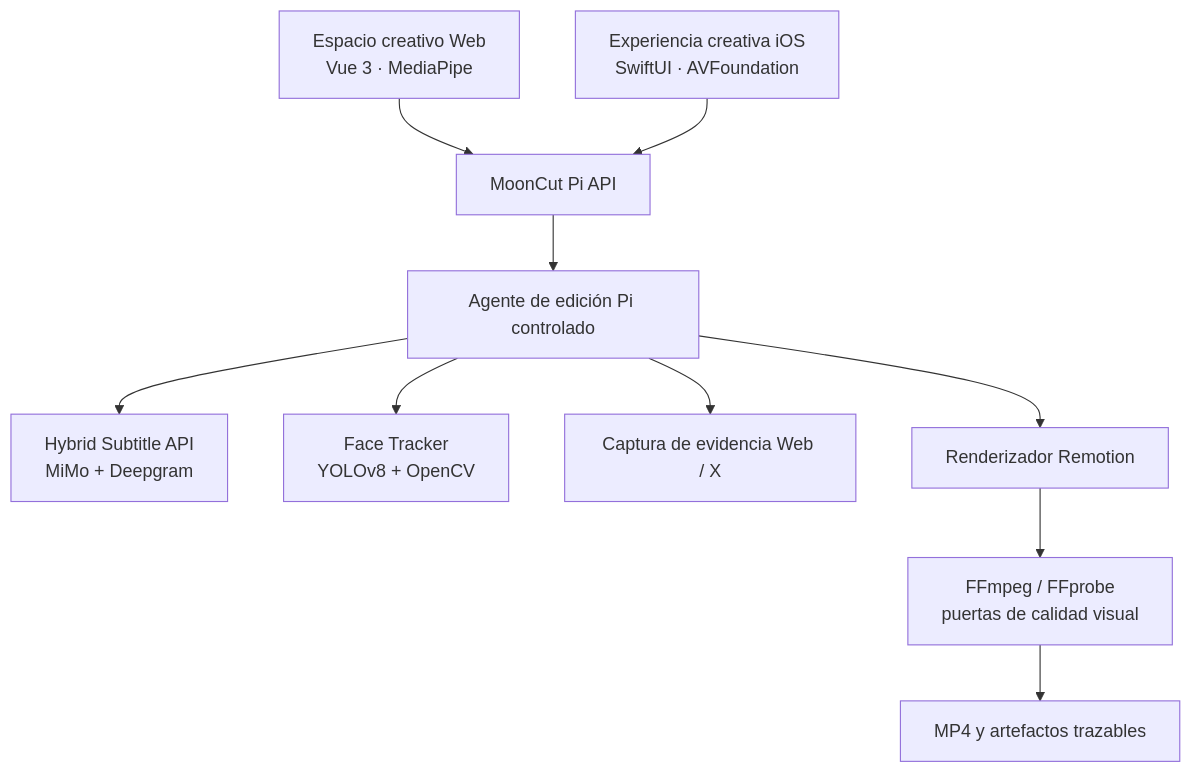
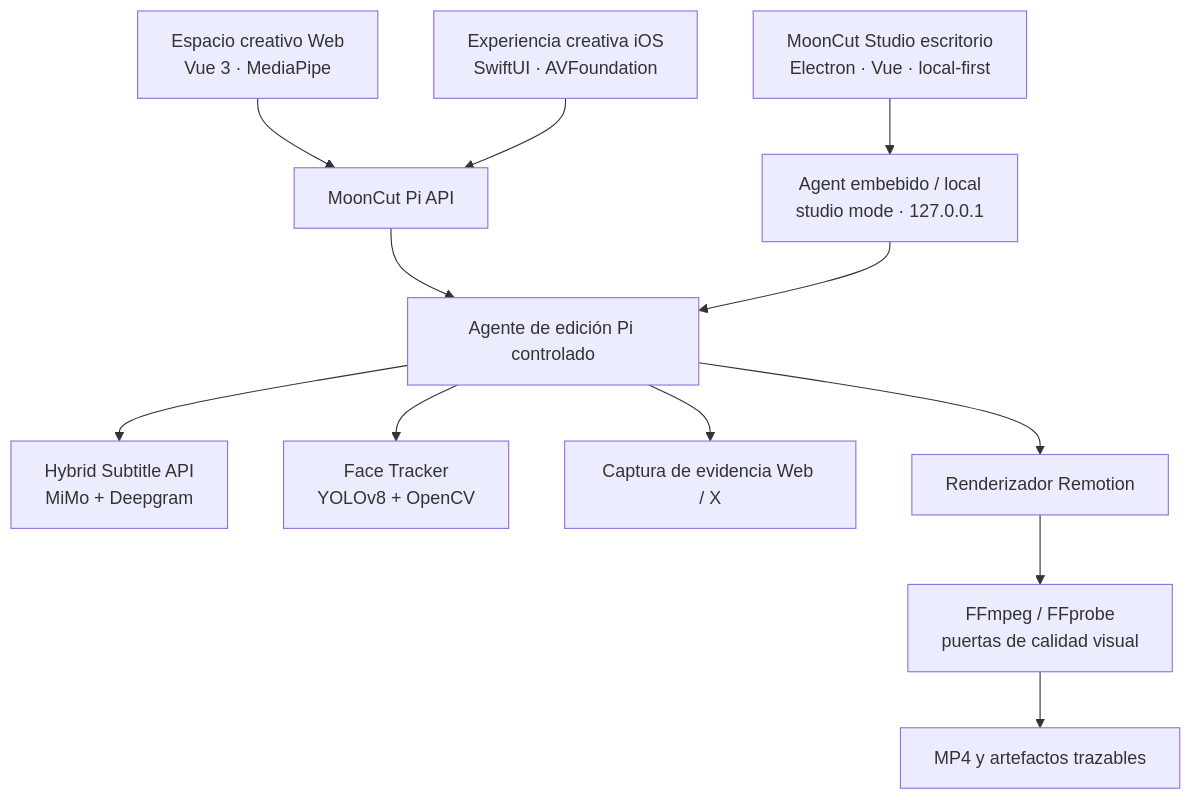
One commit to qybaihe/mooncut changed the second of 2 diagrams in README.es.md. Above: the diagram before and after it, drawn with Mermaid. The commit also changed other lines of this file and 5 other files, not shown here.

First line of the commit message:
docs: document MoonCut Studio and link it from monorepo READMEs

````diff
--- a/README.es.md
+++ b/README.es.md
@@ -112,12 +119,14 @@
 ```mermaid
 flowchart TB
   Web[Espacio creativo Web\nVue 3 · MediaPipe] --> API[MoonCut Pi API]
   iOS[Experiencia creativa iOS\nSwiftUI · AVFoundation] --> API
+  Studio[MoonCut Studio escritorio\nElectron · Vue · local-first] --> LocalAgent[Agent embebido / local\nstudio mode · 127.0.0.1]
   API --> Planner[Agente de edición Pi controlado]
+  LocalAgent --> Planner
   Planner --> Subtitle[Hybrid Subtitle API\nMiMo + Deepgram]
   Planner --> Face[Face Tracker\nYOLOv8 + OpenCV]
   Planner --> Evidence[Captura de evidencia Web / X]
   Planner --> Render[Renderizador Remotion]
   Render --> QA[FFmpeg / FFprobe\npuertas de calidad visual]
   QA --> Deliver[MP4 y artefactos trazables]
 ```
````
